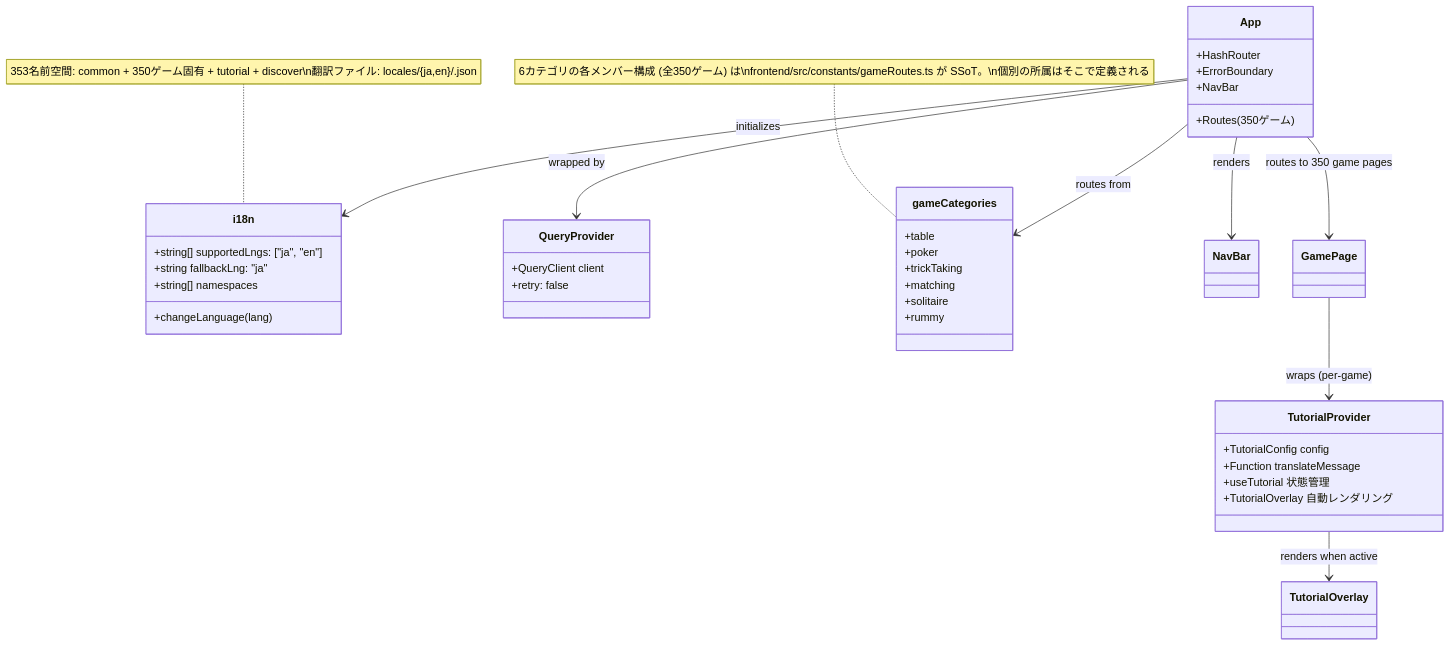
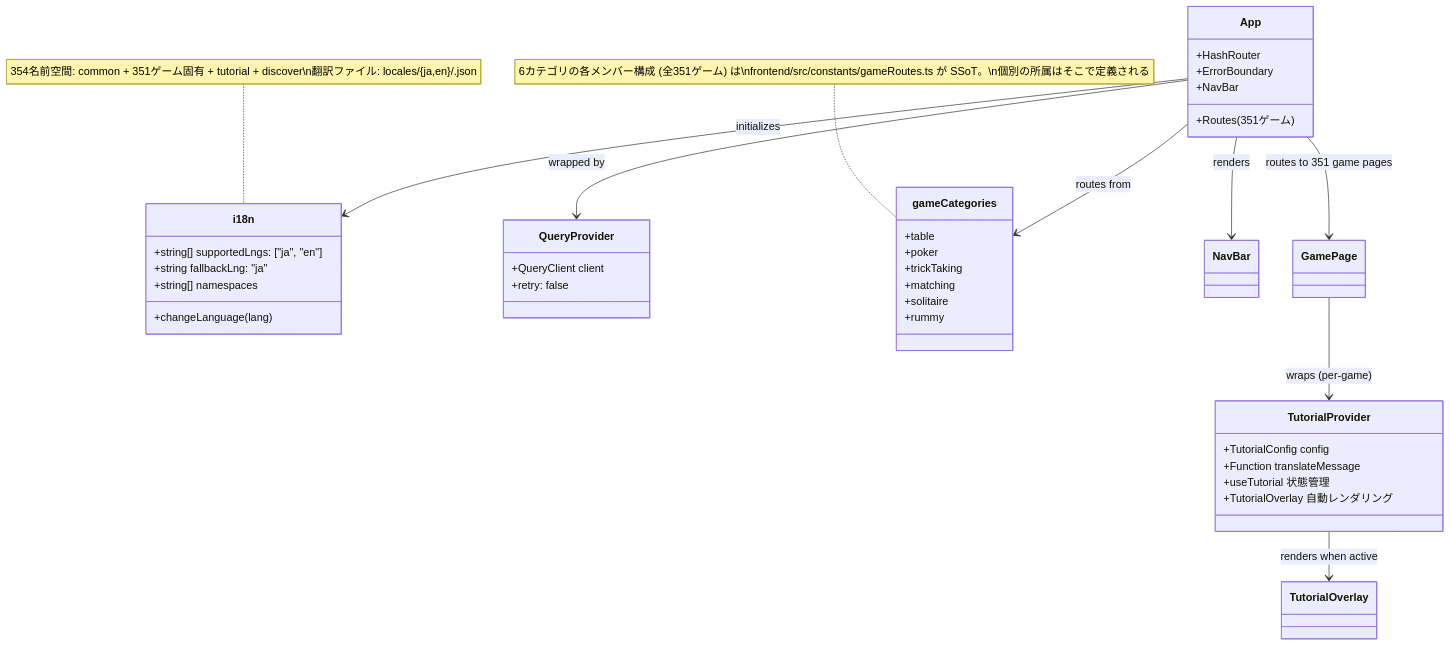
Before and after one commit to yuta-yoshinaga/go_trumpcards: the ninth of 49 diagrams in docs/design/frontend.md, drawn with Mermaid. The commit also changed other lines of this file and 60 other files, not shown here.

````diff
--- a/docs/design/frontend.md
+++ b/docs/design/frontend.md
@@ -1874,48 +1874,48 @@
 ```mermaid
 classDiagram
     class i18n {
         +string[] supportedLngs: ["ja", "en"]
         +string fallbackLng: "ja"
         +string[] namespaces
         +changeLanguage(lang)
     }
 
     class QueryProvider {
         +QueryClient client
         +retry: false
     }
 
     class App {
         +HashRouter
         +ErrorBoundary
         +NavBar
-        +Routes (350ゲーム)
+        +Routes (351ゲーム)
     }
 
     class gameCategories {
         +table
         +poker
         +trickTaking
         +matching
         +solitaire
         +rummy
     }
-    note for gameCategories "6カテゴリの各メンバー構成 (全350ゲーム) は\nfrontend/src/constants/gameRoutes.ts が SSoT。\n個別の所属はそこで定義される"
+    note for gameCategories "6カテゴリの各メンバー構成 (全351ゲーム) は\nfrontend/src/constants/gameRoutes.ts が SSoT。\n個別の所属はそこで定義される"
 
     class TutorialProvider {
         +TutorialConfig config
         +Function translateMessage
         +useTutorial 状態管理
         +TutorialOverlay 自動レンダリング
     }
 
     App --> QueryProvider : wrapped by
     App --> i18n : initializes
     App --> gameCategories : routes from
     App --> NavBar : renders
-    App --> GamePage : routes to 350 game pages
+    App --> GamePage : routes to 351 game pages
     GamePage --> TutorialProvider : wraps (per-game)
     TutorialProvider --> TutorialOverlay : renders when active
 
-    note for i18n "353名前空間: common + 350ゲーム固有 + tutorial + discover\n翻訳ファイル: locales/{ja,en}/<game>.json"
+    note for i18n "354名前空間: common + 351ゲーム固有 + tutorial + discover\n翻訳ファイル: locales/{ja,en}/<game>.json"
 ```
````
